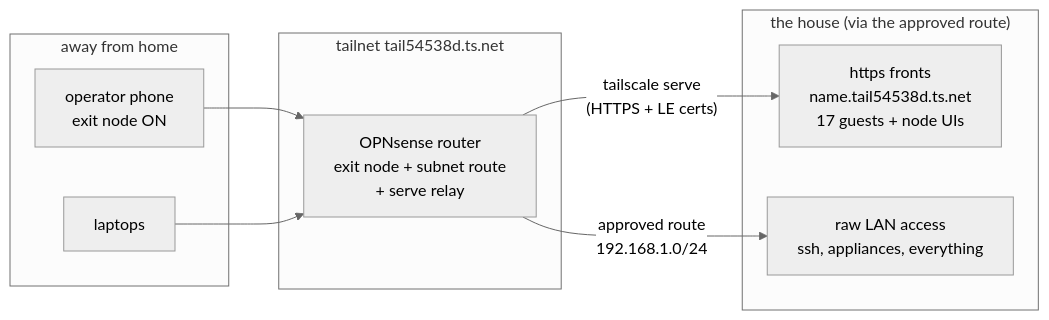
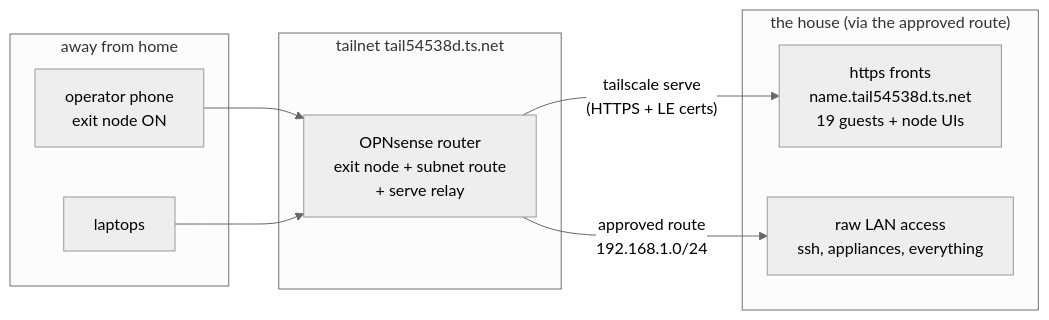
The fourth of 5 diagrams in docs/diagrams.md (funkybooboo/homelab), drawn with Mermaid (neutral theme) before and after one commit. The commit also changed other lines of this file and 13 other files, not shown here.

````diff
--- a/docs/diagrams.md
+++ b/docs/diagrams.md
@@ -107,18 +109,18 @@
 ```mermaid
 flowchart LR
     subgraph AWAY["away from home"]
         PHONE["operator phone<br/>exit node ON"]
         LAP["laptops"]
     end
     subgraph TAILNET["tailnet tail54538d.ts.net"]
         SR["OPNsense router<br/>exit node + subnet route<br/>+ serve relay"]
     end
     subgraph HOME["the house (via the approved route)"]
-        GUESTS["https fronts<br/>name.tail54538d.ts.net<br/>17 guests + node UIs"]
+        GUESTS["https fronts<br/>name.tail54538d.ts.net<br/>19 guests + node UIs"]
         LAN["raw LAN access<br/>ssh, appliances, everything"]
     end
     PHONE --> SR
     LAP --> SR
     SR -- "tailscale serve<br/>(HTTPS + LE certs)" --> GUESTS
     SR -- "approved route<br/>192.168.1.0/24" --> LAN
 ```
````
